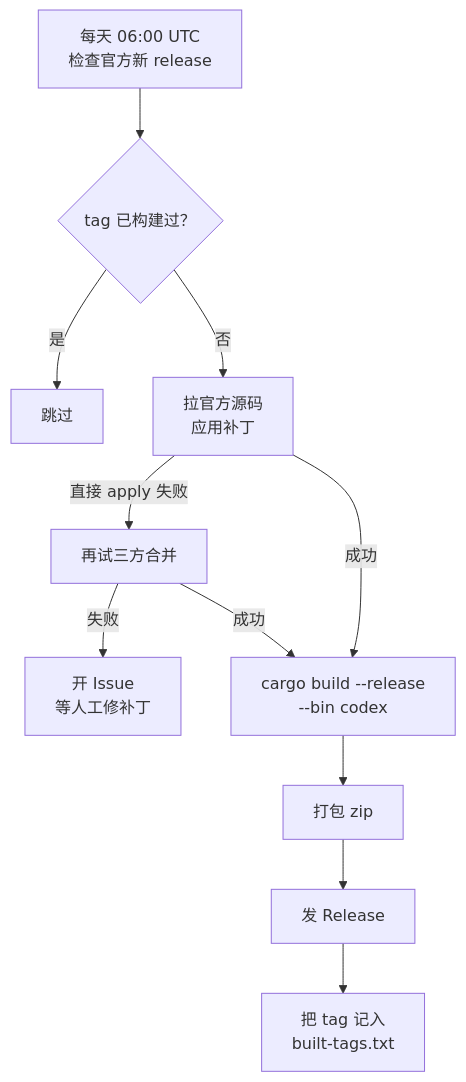
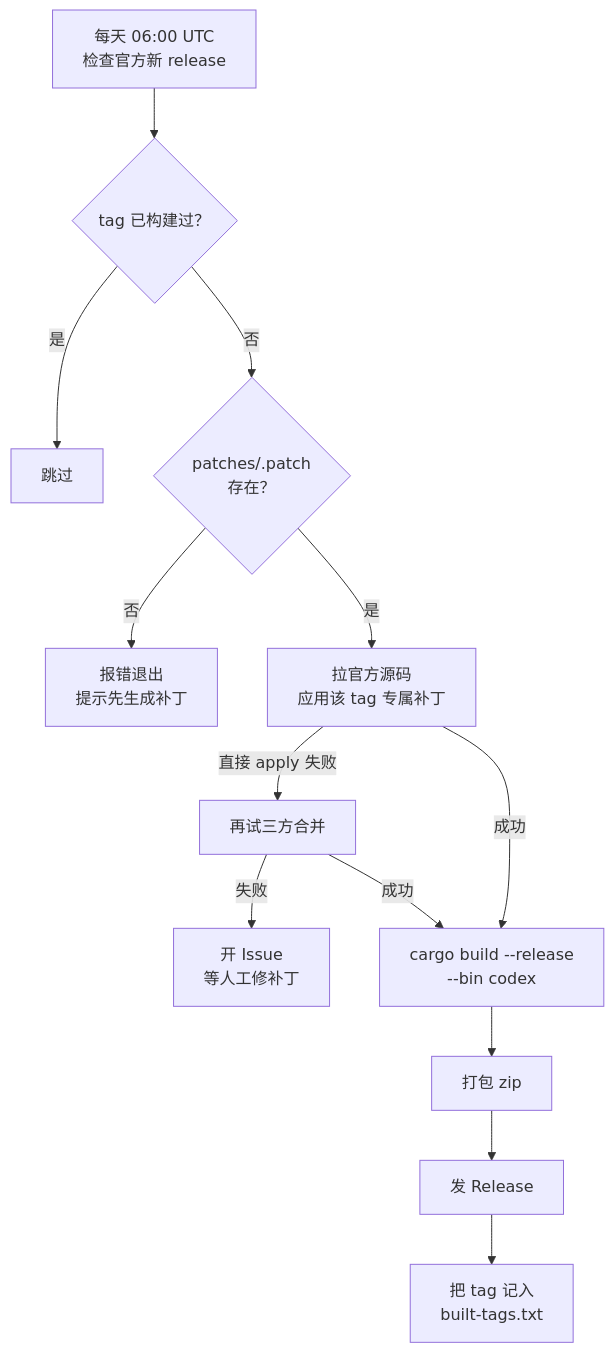
One commit to owwkmidream/codex changed the diagram in CODEX-BUILD.md. Above: the diagram before and after it, drawn with Mermaid. The commit also changed other lines of this file and 3 other files, not shown here.

````diff
--- a/CODEX-BUILD.md
+++ b/CODEX-BUILD.md
@@ -60,13 +60,15 @@
 ```mermaid
 flowchart TB
   C["每天 06:00 UTC<br/>检查官方新 release"] --> N{"tag 已构建过？"}
   N -->|是| S["跳过"]
-  N -->|否| P["拉官方源码<br/>应用补丁"]
+  N -->|否| K{"patches/<tag>.patch<br/>存在？"}
+  K -->|否| E["报错退出<br/>提示先生成补丁"]
+  K -->|是| P["拉官方源码<br/>应用该 tag 专属补丁"]
   P -->|"直接 apply 失败"| T["再试三方合并"]
   T -->|失败| I["开 Issue<br/>等人工修补丁"]
   P -->|成功| B["cargo build --release<br/>--bin codex"]
   T -->|成功| B
   B --> Z["打包 zip"]
   Z --> R["发 Release"]
   R --> M["把 tag 记入<br/>built-tags.txt"]
 ```
````
